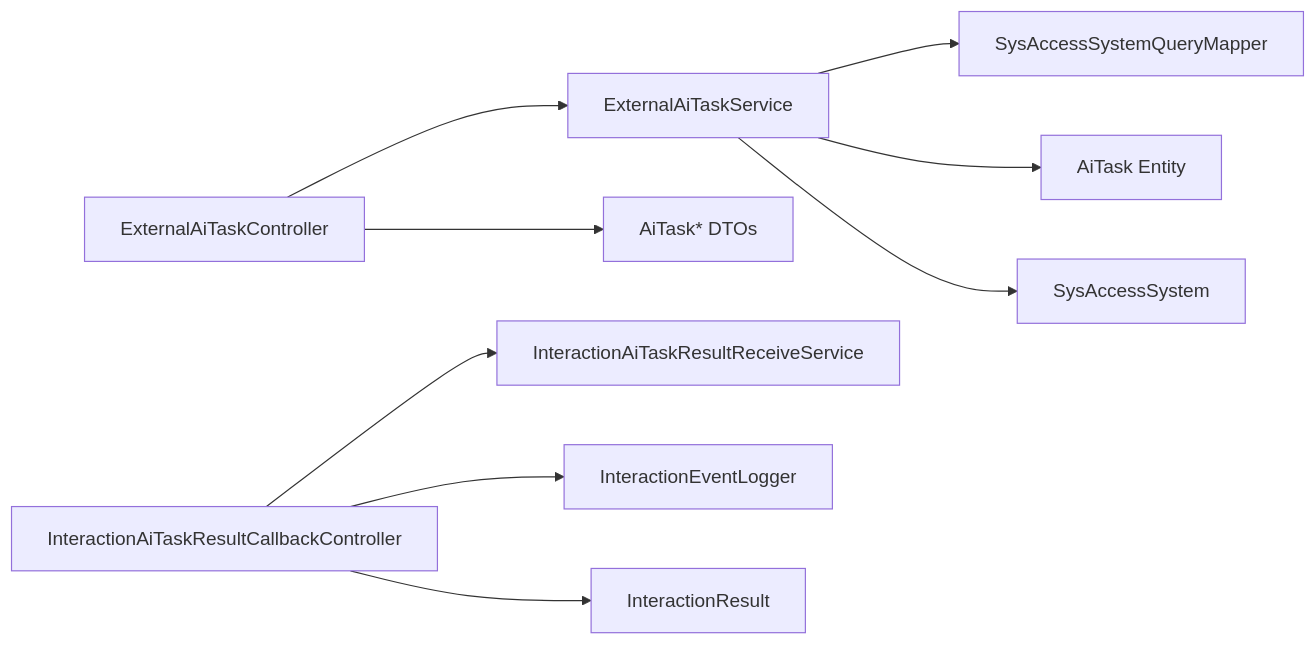
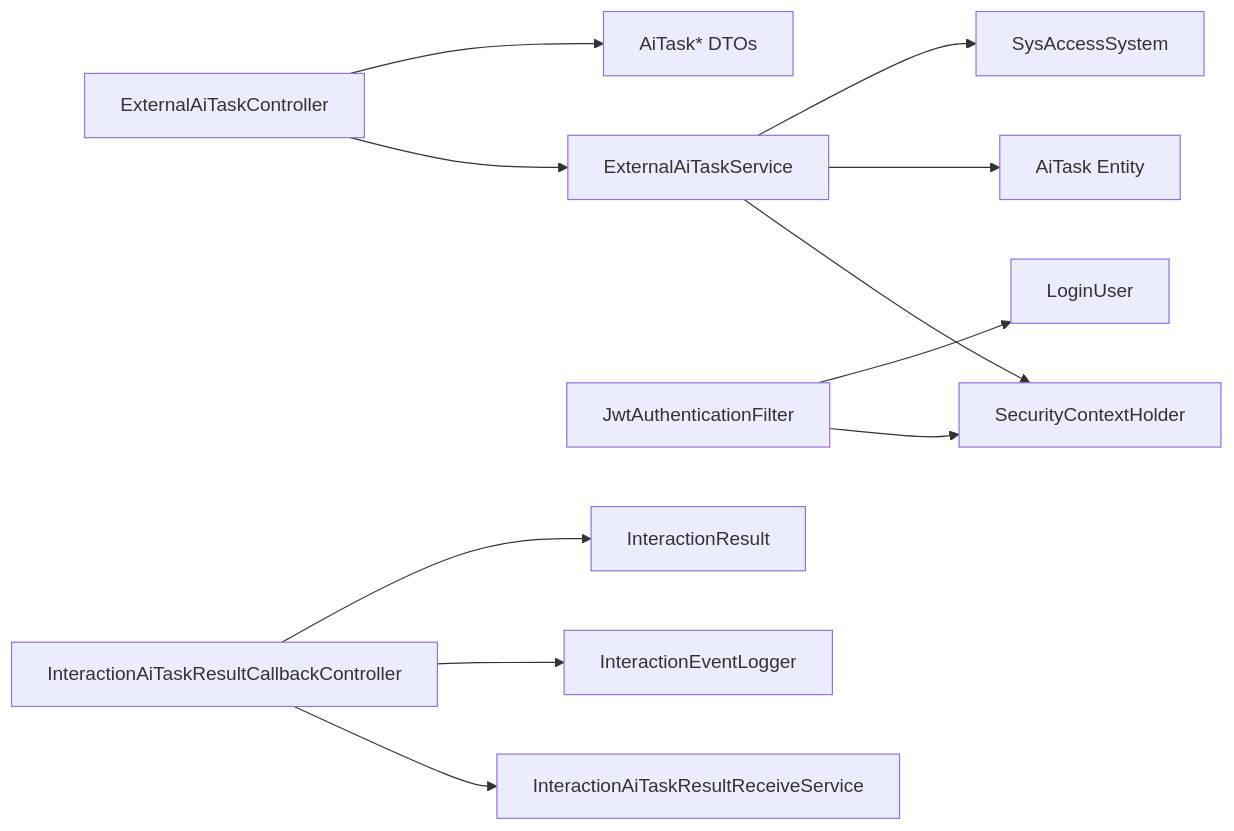
Before and after one commit to DrunkFood/First: the tenth of 10 diagrams in .qoder/repowiki/zh/content/API接口文档/外部系统集成API/外部AI任务API.md, drawn with Mermaid. The commit also changed other lines of this file and 93 other files, not shown here.

````diff
--- a/.qoder/repowiki/zh/content/API接口文档/外部系统集成API/外部AI任务API.md
+++ b/.qoder/repowiki/zh/content/API接口文档/外部系统集成API/外部AI任务API.md
@@ -385,11 +499,13 @@
 ```mermaid
 graph LR
 Controller["ExternalAiTaskController"] --> Service["ExternalAiTaskService"]
 Controller --> DTOs["AiTask* DTOs"]
-Service --> SysMapper["SysAccessSystemQueryMapper"]
+Service --> SysCtx["SecurityContextHolder"]
 Service --> AiTaskEntity["AiTask Entity"]
 Service --> AccessSystem["SysAccessSystem"]
+Filter["JwtAuthenticationFilter"] --> SysCtx
+Filter --> LoginUser["LoginUser"]
 CallbackCtrl["InteractionAiTaskResultCallbackController"] --> SPI["InteractionAiTaskResultReceiveService"]
 CallbackCtrl --> EventLog["InteractionEventLogger"]
 CallbackCtrl --> IR["InteractionResult"]
 ```
````
